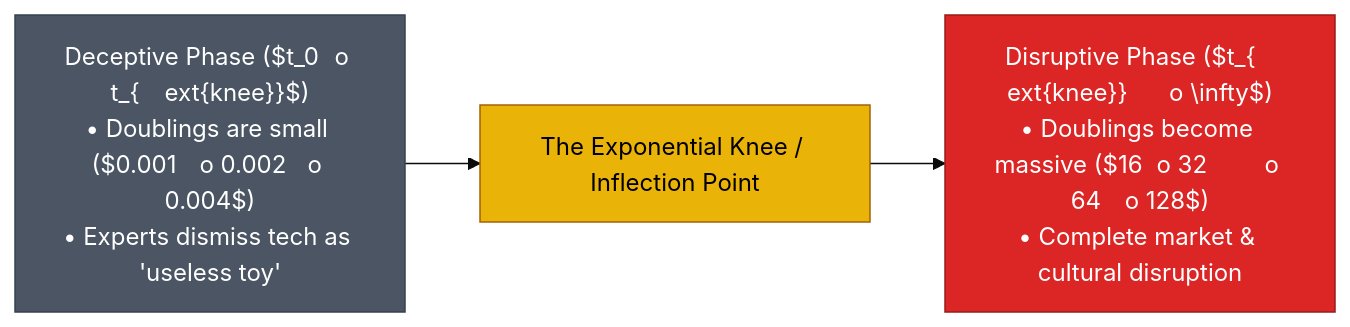
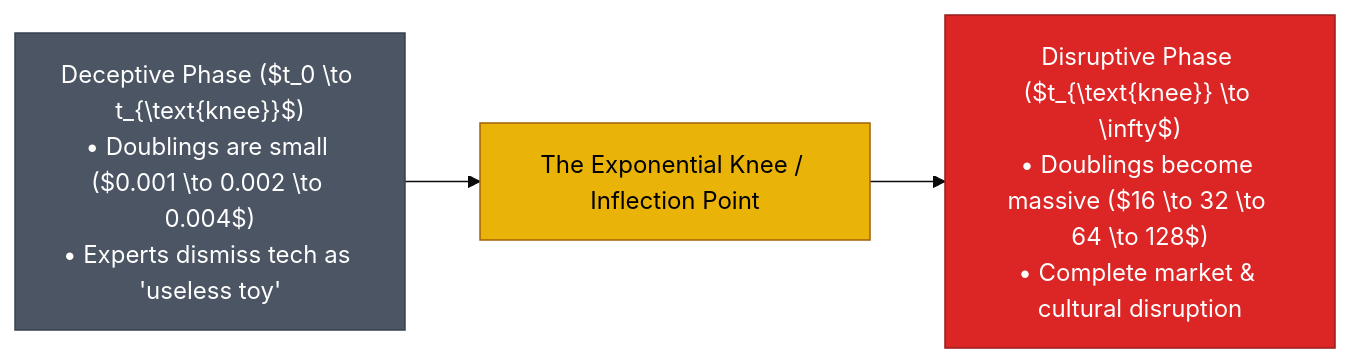
The tenth of 19 diagrams in session2_EN.md (kecfai7/we-are-as-gods), drawn with Mermaid (base theme) before and after one commit. The commit also changed other lines of this file and 8 other files, not shown here.

````diff
--- a/session2_EN.md
+++ b/session2_EN.md
@@ -651,8 +644,8 @@
 ```mermaid
 flowchart LR
-    A["Deceptive Phase ($t_0 	o t_{	ext{knee}}$)<br/>• Doublings are small ($0.001 	o 0.002 	o 0.004$)<br/>• Experts dismiss tech as 'useless toy'"] --> B["The Exponential Knee / Inflection Point"]
-    B --> C["Disruptive Phase ($t_{	ext{knee}} 	o \infty$)<br/>• Doublings become massive ($16 	o 32 	o 64 	o 128$)<br/>• Complete market & cultural disruption"]
+    A["Deceptive Phase ($t_0 \to t_{\text{knee}}$)<br/>• Doublings are small ($0.001 \to 0.002 \to 0.004$)<br/>• Experts dismiss tech as 'useless toy'"] --> B["The Exponential Knee / Inflection Point"]
+    B --> C["Disruptive Phase ($t_{\text{knee}} \to \infty$)<br/>• Doublings become massive ($16 \to 32 \to 64 \to 128$)<br/>• Complete market & cultural disruption"]
     style A fill:#4b5563,stroke:#374151,color:#fff
     style B fill:#eab308,stroke:#a16207,color:#000
     style C fill:#dc2626,stroke:#991b1b,color:#fff
 ```
````
